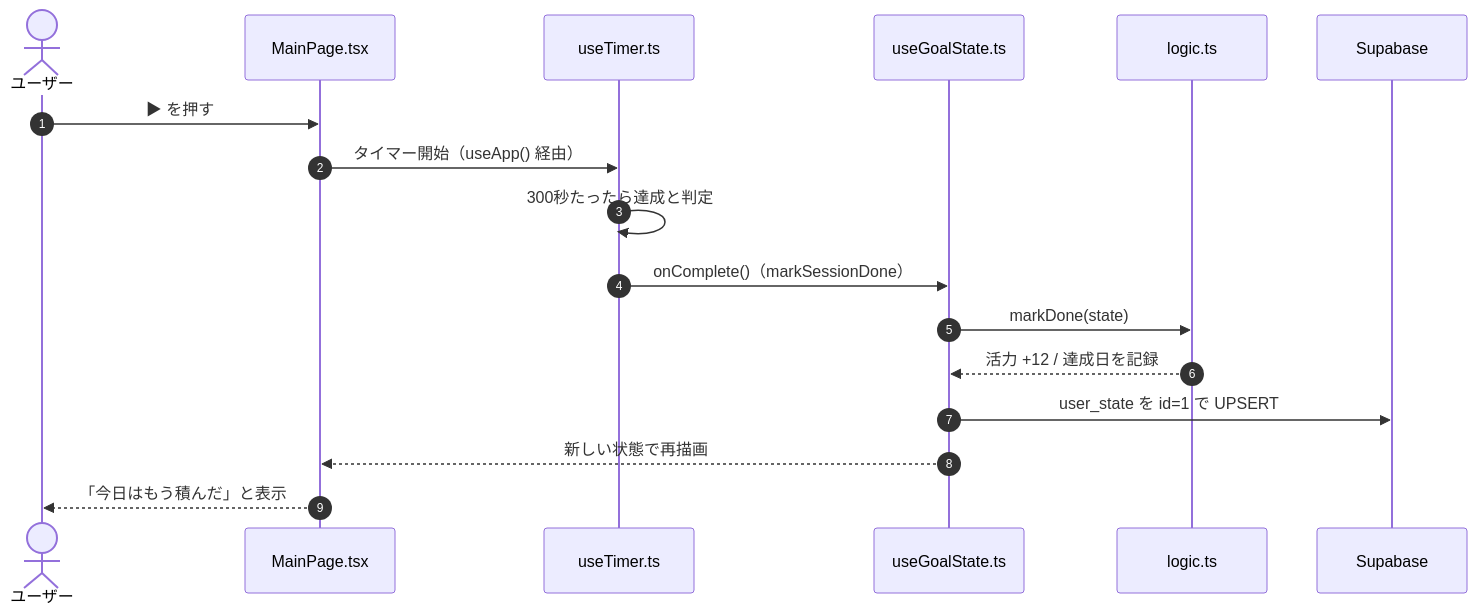
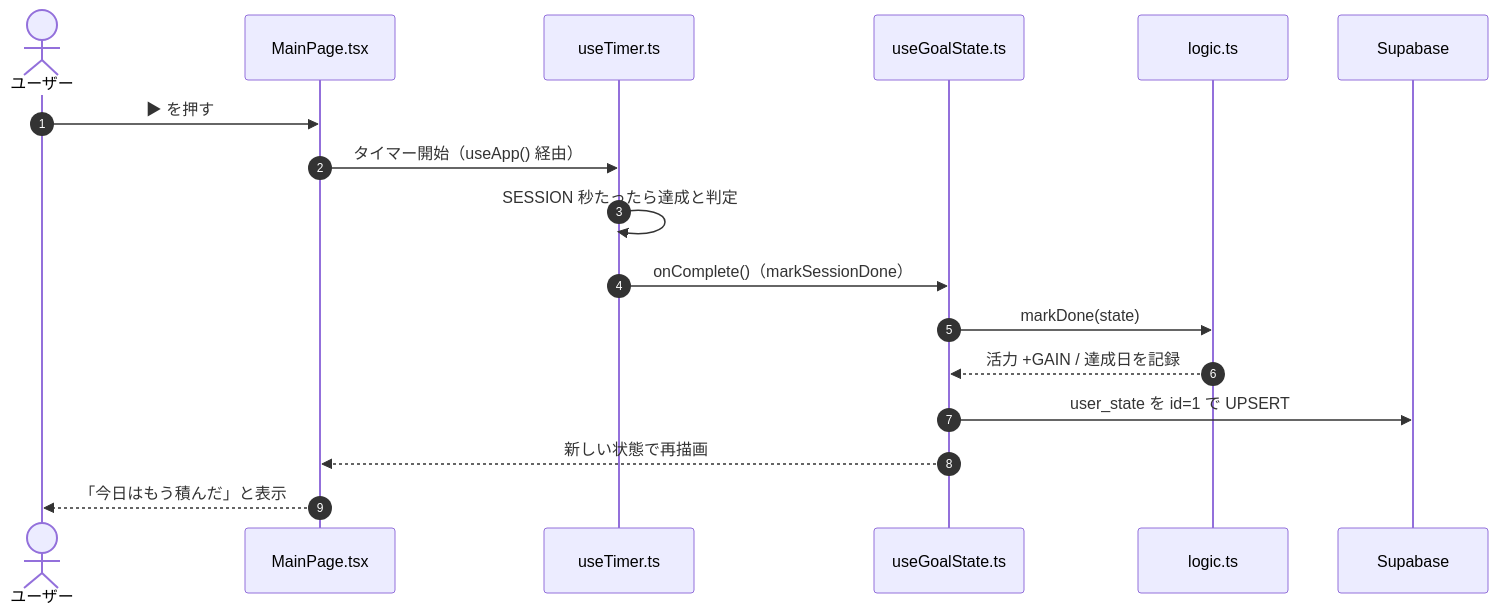
Before and after one commit to kuramochi703/keep-motivation-app: the fourth of 6 diagrams in ARCHITECTURE.md, drawn with Mermaid. The commit also changed other lines of this file and 2 other files, not shown here.

````diff
--- a/ARCHITECTURE.md
+++ b/ARCHITECTURE.md
@@ -200,20 +202,20 @@
 ```mermaid
 sequenceDiagram
     autonumber
     actor U as ユーザー
     participant M as MainPage.tsx
     participant T as useTimer.ts
     participant G as useGoalState.ts
     participant L as logic.ts
     participant S as Supabase
 
     U->>M: ▶ を押す
     M->>T: タイマー開始（useApp() 経由）
-    T->>T: 300秒たったら達成と判定
+    T->>T: SESSION 秒たったら達成と判定
     T->>G: onComplete()（markSessionDone）
     G->>L: markDone(state)
-    L-->>G: 活力 +12 / 達成日を記録
+    L-->>G: 活力 +GAIN / 達成日を記録
     G->>S: user_state を id=1 で UPSERT
     G-->>M: 新しい状態で再描画
     M-->>U: 「今日はもう積んだ」と表示
 ```
````
